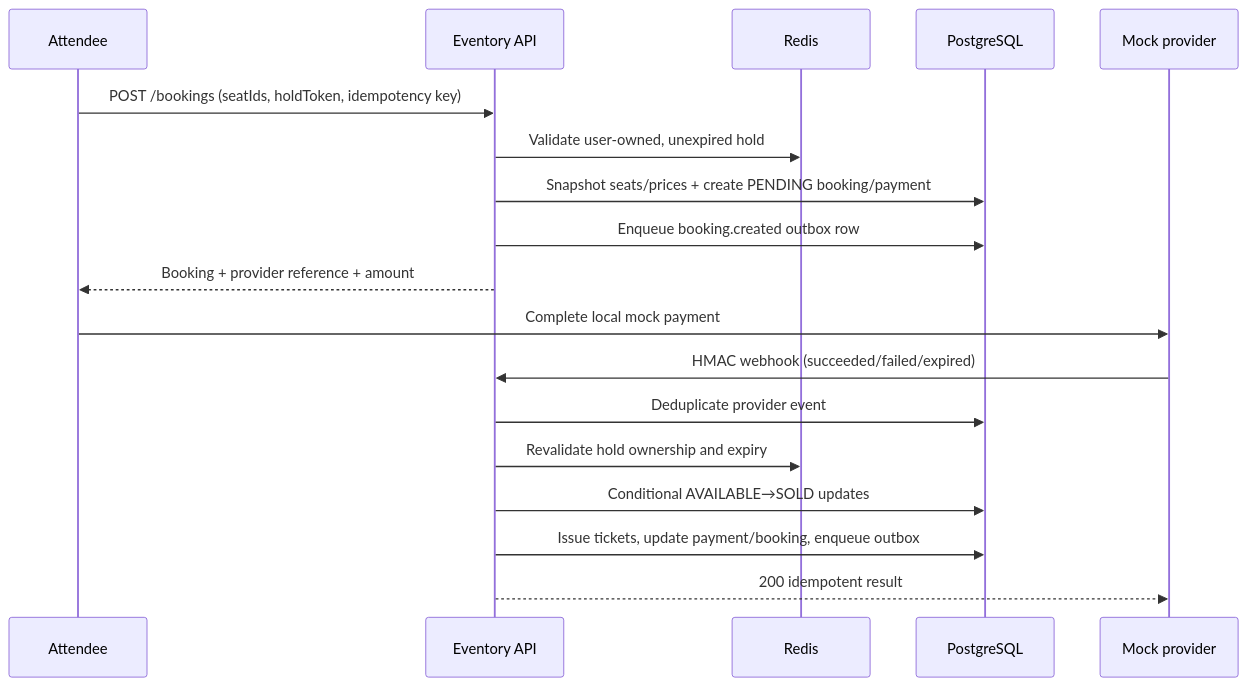
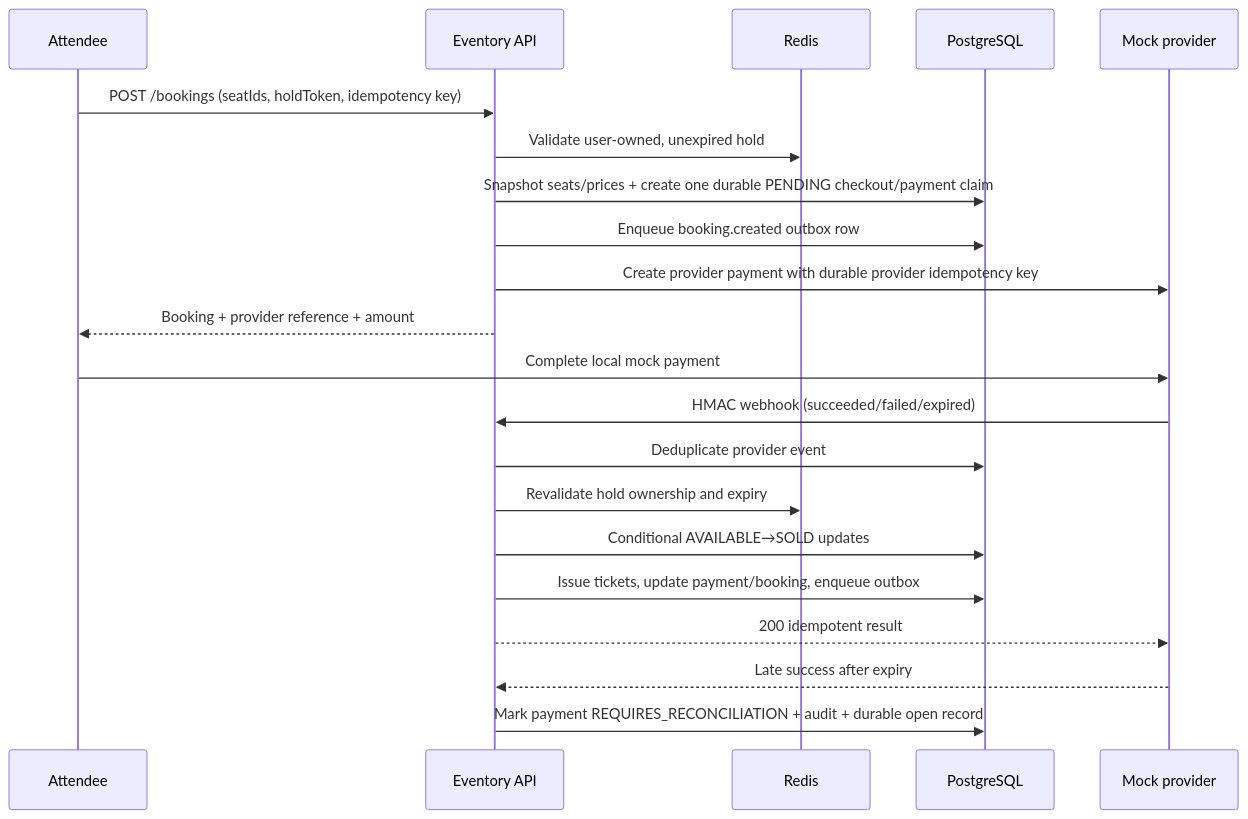
One commit to JasonTM17/Eventory changed the diagram in docs/architecture/payment-sequence.md. Above: the diagram before and after it, drawn with Mermaid. The commit also changed other lines of this file and 18 other files, not shown here.

Commit message:
fix(bookings): make checkout and webhook recovery durable

````diff
--- a/docs/architecture/payment-sequence.md
+++ b/docs/architecture/payment-sequence.md
@@ -3,21 +3,24 @@
 ```mermaid
 sequenceDiagram
     participant A as Attendee
     participant API as Eventory API
     participant R as Redis
     participant DB as PostgreSQL
     participant P as Mock provider
 
     A->>API: POST /bookings (seatIds, holdToken, idempotency key)
     API->>R: Validate user-owned, unexpired hold
-    API->>DB: Snapshot seats/prices + create PENDING booking/payment
+    API->>DB: Snapshot seats/prices + create one durable PENDING checkout/payment claim
     API->>DB: Enqueue booking.created outbox row
+    API->>P: Create provider payment with durable provider idempotency key
     API-->>A: Booking + provider reference + amount
     A->>P: Complete local mock payment
     P->>API: HMAC webhook (succeeded/failed/expired)
     API->>DB: Deduplicate provider event
     API->>R: Revalidate hold ownership and expiry
     API->>DB: Conditional AVAILABLE→SOLD updates
     API->>DB: Issue tickets, update payment/booking, enqueue outbox
     API-->>P: 200 idempotent result
+    P-->>API: Late success after expiry
+    API->>DB: Mark payment REQUIRES_RECONCILIATION + audit + durable open record
 ```
````
